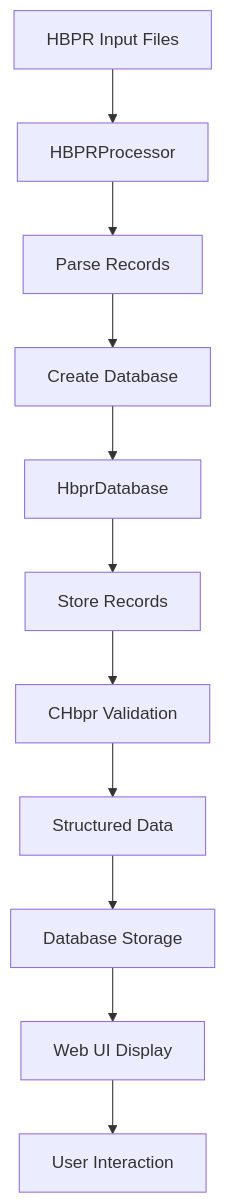
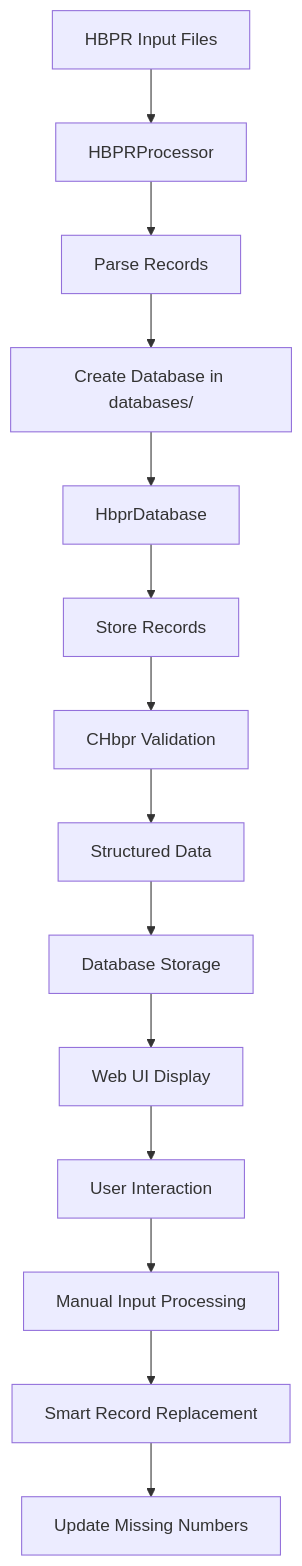
One commit to gostnort/FlightCheckPy changed the diagram in resources/requirement_details.md. Above: the diagram before and after it, drawn with Mermaid. The commit also changed other lines of this file and 4 other files, not shown here.

Commit message:
Enhance HBPR processing and UI: implement smart database discovery prioritizing the 'databases' folder, add advanced manual input functionality for HBPR records, and improve error handling and user feedback. Update README and requirement details to reflect new features and folder organization.

````diff
--- a/resources/requirement_details.md
+++ b/resources/requirement_details.md
@@ -106,13 +127,16 @@
 ```mermaid
 graph TD
     A[HBPR Input Files] --> B[HBPRProcessor]
     B --> C[Parse Records]
-    C --> D[Create Database]
+    C --> D[Create Database in databases/]
     D --> E[HbprDatabase]
     E --> F[Store Records]
     F --> G[CHbpr Validation]
     G --> H[Structured Data]
     H --> I[Database Storage]
     I --> J[Web UI Display]
     J --> K[User Interaction]
+    K --> L[Manual Input Processing]
+    L --> M[Smart Record Replacement]
+    M --> N[Update Missing Numbers]
 ```
````
